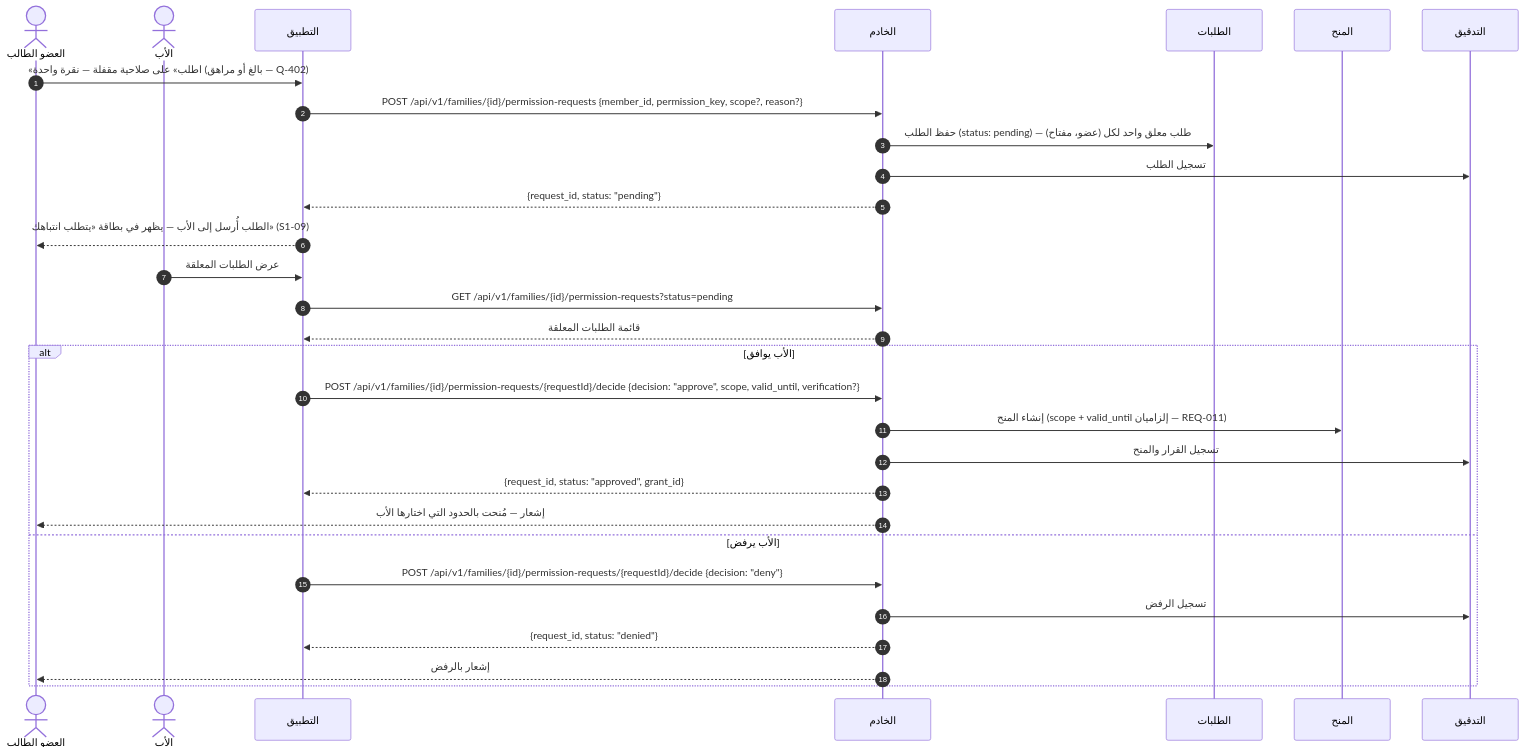
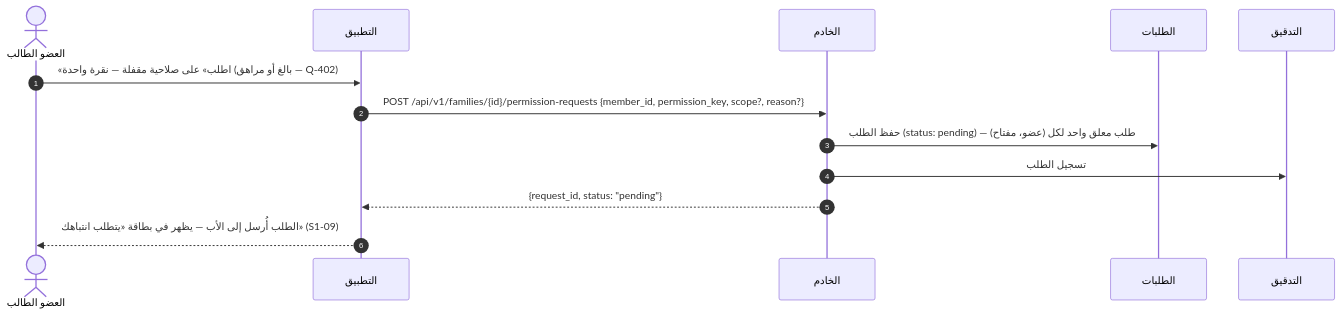
Before and after one commit to Bassam-mohammed-alqaeadi/family-os-v2: diagram 13 of 33 in docs/family-os/governance/phases/phase-1/S1-03-family-roles-and-permissions/DIAGRAMS.md, drawn with Mermaid. The commit also changed other lines of this file, not shown here.

````diff
--- a/docs/family-os/governance/phases/phase-1/S1-03-family-roles-and-permissions/DIAGRAMS.md
+++ b/docs/family-os/governance/phases/phase-1/S1-03-family-roles-and-permissions/DIAGRAMS.md
@@ -561,32 +579,15 @@
 ```mermaid
 sequenceDiagram
     autonumber
     actor Teen as العضو الطالب
-    actor Father as الأب
     participant App as التطبيق
     participant Ktor as الخادم
     participant Requests as الطلبات
-    participant Grants as المنح
     participant Audit as التدقيق
     Teen->>App: «اطلب» على صلاحية مقفلة — نقرة واحدة (بالغ أو مراهق — Q-402)
     App->>Ktor: POST /api/v1/families/{id}/permission-requests {member_id, permission_key, scope?, reason?}
     Ktor->>Requests: حفظ الطلب (status: pending) — طلب معلق واحد لكل (عضو، مفتاح)
     Ktor->>Audit: تسجيل الطلب
     Ktor-->>App: {request_id, status: "pending"}
     App-->>Teen: الطلب أُرسل إلى الأب — يظهر في بطاقة «يتطلب انتباهك» (S1-09)
-    Father->>App: عرض الطلبات المعلقة
-    App->>Ktor: GET /api/v1/families/{id}/permission-requests?status=pending
-    Ktor-->>App: قائمة الطلبات المعلقة
-    alt الأب يوافق
-        App->>Ktor: POST /api/v1/families/{id}/permission-requests/{requestId}/decide {decision: "approve", scope, valid_until, verification?}
-        Ktor->>Grants: إنشاء المنح (scope + valid_until إلزاميان — REQ-011)
-        Ktor->>Audit: تسجيل القرار والمنح
-        Ktor-->>App: {request_id, status: "approved", grant_id}
-        Ktor-->>Teen: إشعار — مُنحت بالحدود التي اختارها الأب
-    else الأب يرفض
-        App->>Ktor: POST /api/v1/families/{id}/permission-requests/{requestId}/decide {decision: "deny"}
-        Ktor->>Audit: تسجيل الرفض
-        Ktor-->>App: {request_id, status: "denied"}
-        Ktor-->>Teen: إشعار بالرفض
-    end
 ```
````
